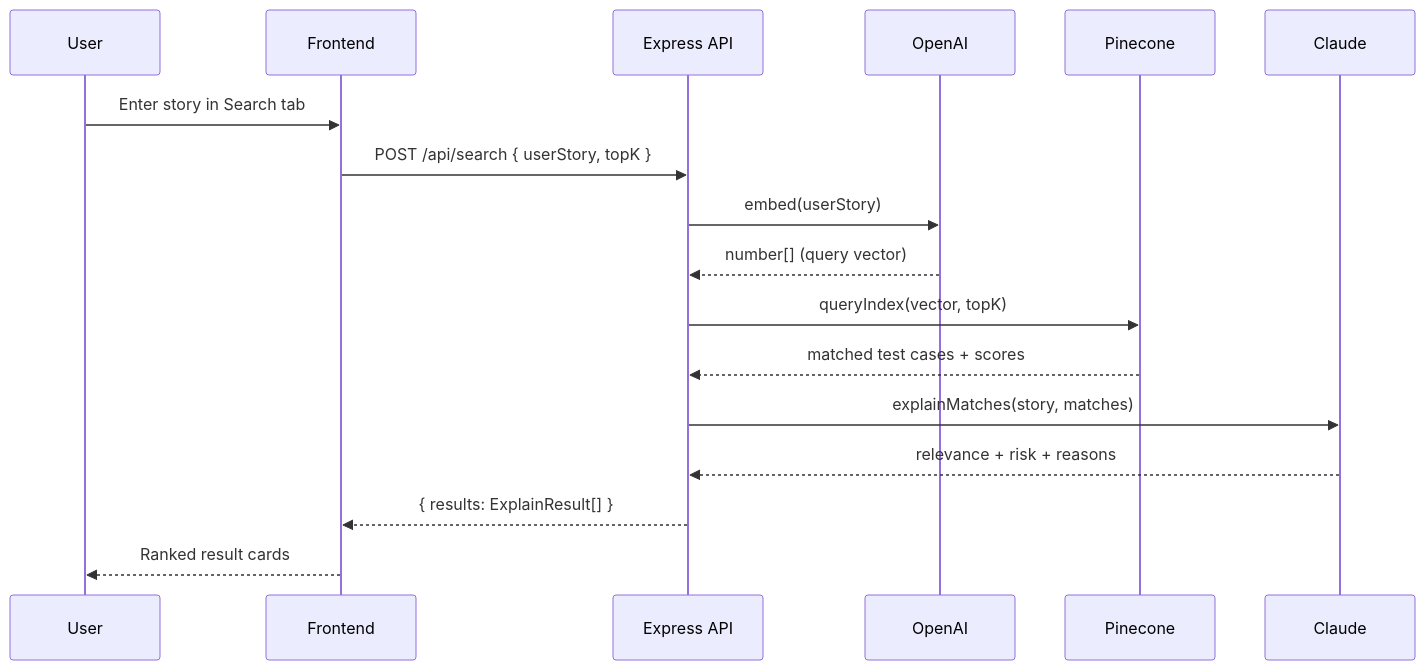
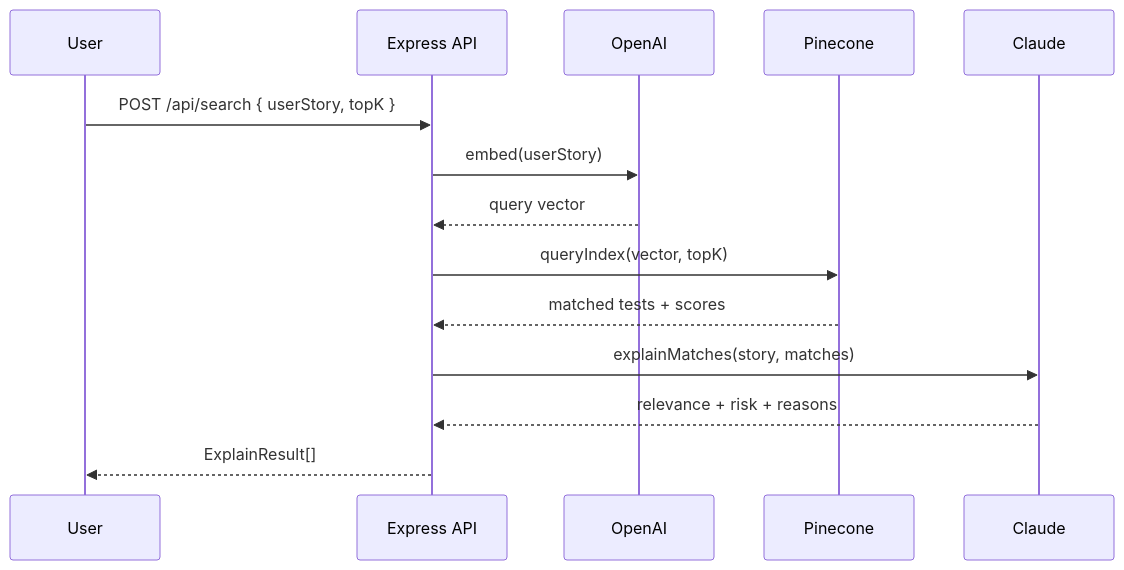
Before and after one commit to Zipstorm/test-lens: the fourth of 4 diagrams in README.md, drawn with Mermaid. The commit also changed other lines of this file and 1 other file, not shown here.

````diff
--- a/README.md
+++ b/README.md
@@ -126,20 +155,17 @@
 ```mermaid
 sequenceDiagram
     participant User
-    participant Frontend
     participant API as Express API
     participant OpenAI
     participant Pinecone
     participant Claude
 
-    User->>Frontend: Enter story in Search tab
-    Frontend->>API: POST /api/search { userStory, topK }
+    User->>API: POST /api/search { userStory, topK }
     API->>OpenAI: embed(userStory)
-    OpenAI-->>API: number[] (query vector)
+    OpenAI-->>API: query vector
     API->>Pinecone: queryIndex(vector, topK)
-    Pinecone-->>API: matched test cases + scores
+    Pinecone-->>API: matched tests + scores
     API->>Claude: explainMatches(story, matches)
     Claude-->>API: relevance + risk + reasons
-    API-->>Frontend: { results: ExplainResult[] }
-    Frontend-->>User: Ranked result cards
+    API-->>User: ExplainResult[]
 ```
````
